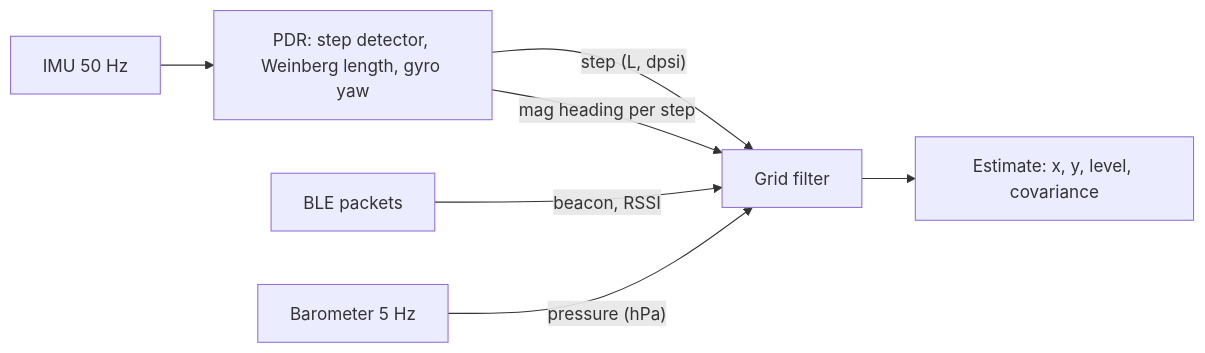
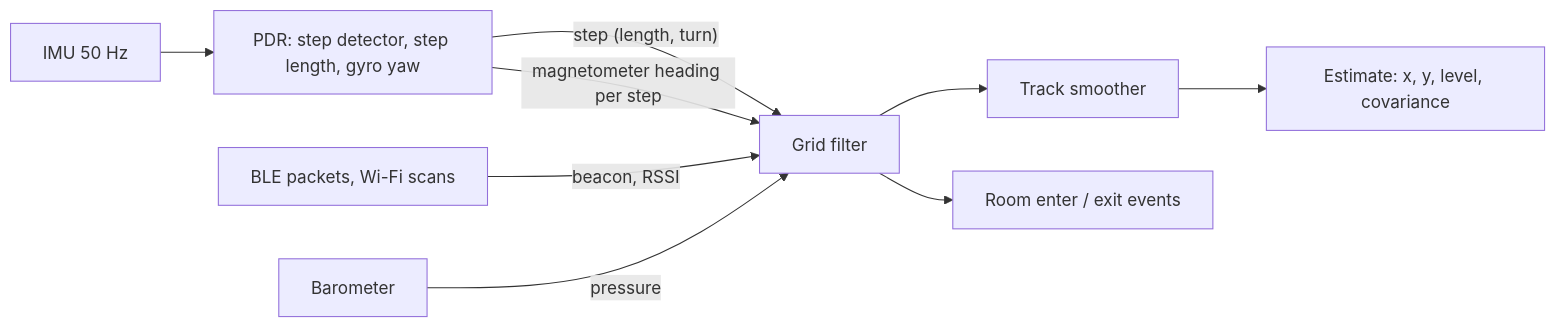
Before and after one commit to Yusufss4/indoor-positioning-engine: the diagram in docs/design.md, drawn with Mermaid. The commit also changed other lines of this file and 31 other files, not shown here.

````diff
--- a/docs/design.md
+++ b/docs/design.md
@@ -5,9 +8,10 @@
 ```mermaid
 flowchart LR
-  IMU[IMU 50 Hz] --> PDR[PDR: step detector, Weinberg length, gyro yaw]
-  PDR -->|"step (L, dpsi)"| F[Grid filter]
-  PDR -->|mag heading per step| F
-  BLE[BLE packets] -->|"beacon, RSSI"| F
-  Baro[Barometer 5 Hz] -->|"pressure (hPa)"| F
-  F --> Est[Estimate: x, y, level, covariance]
+  IMU[IMU 50 Hz] --> PDR[PDR: step detector, step length, gyro yaw]
+  PDR -->|"step (length, turn)"| F[Grid filter]
+  PDR -->|magnetometer heading per step| F
+  Radio[BLE packets, Wi-Fi scans] -->|"beacon, RSSI"| F
+  Baro[Barometer] -->|pressure| F
+  F --> S[Track smoother] --> Est[Estimate: x, y, level, covariance]
+  F --> Rooms[Room enter / exit events]
 ```
````
